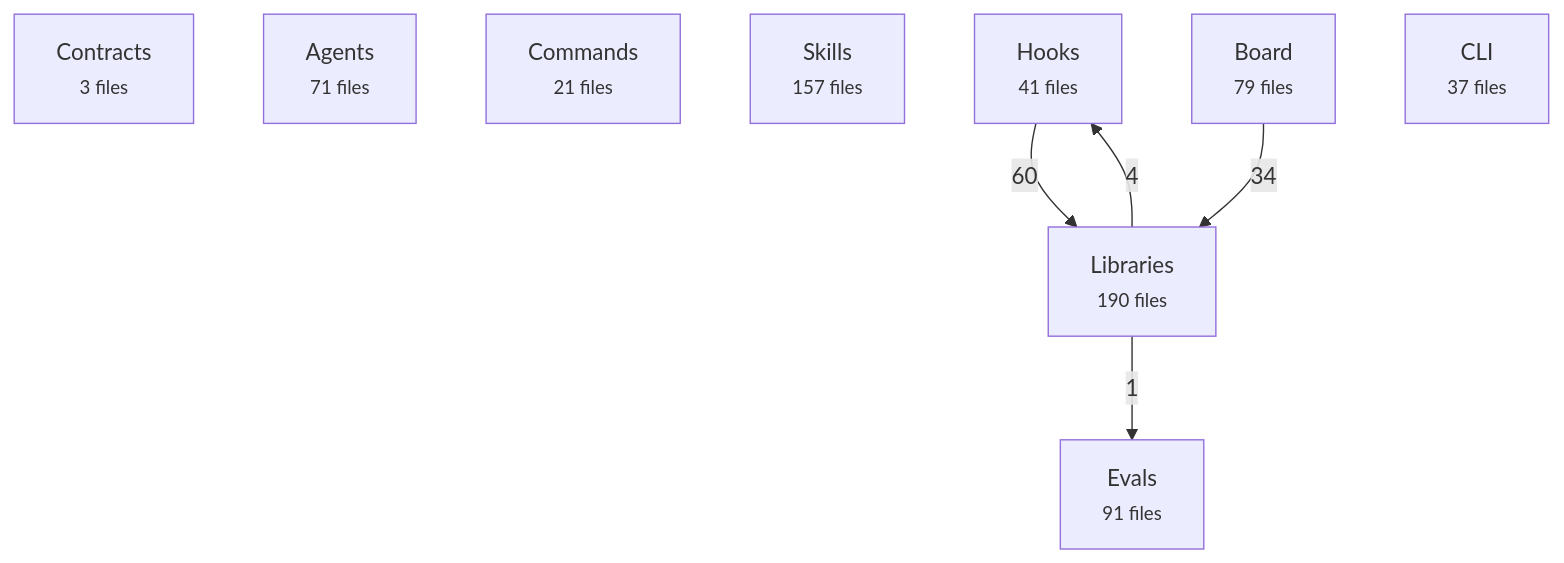
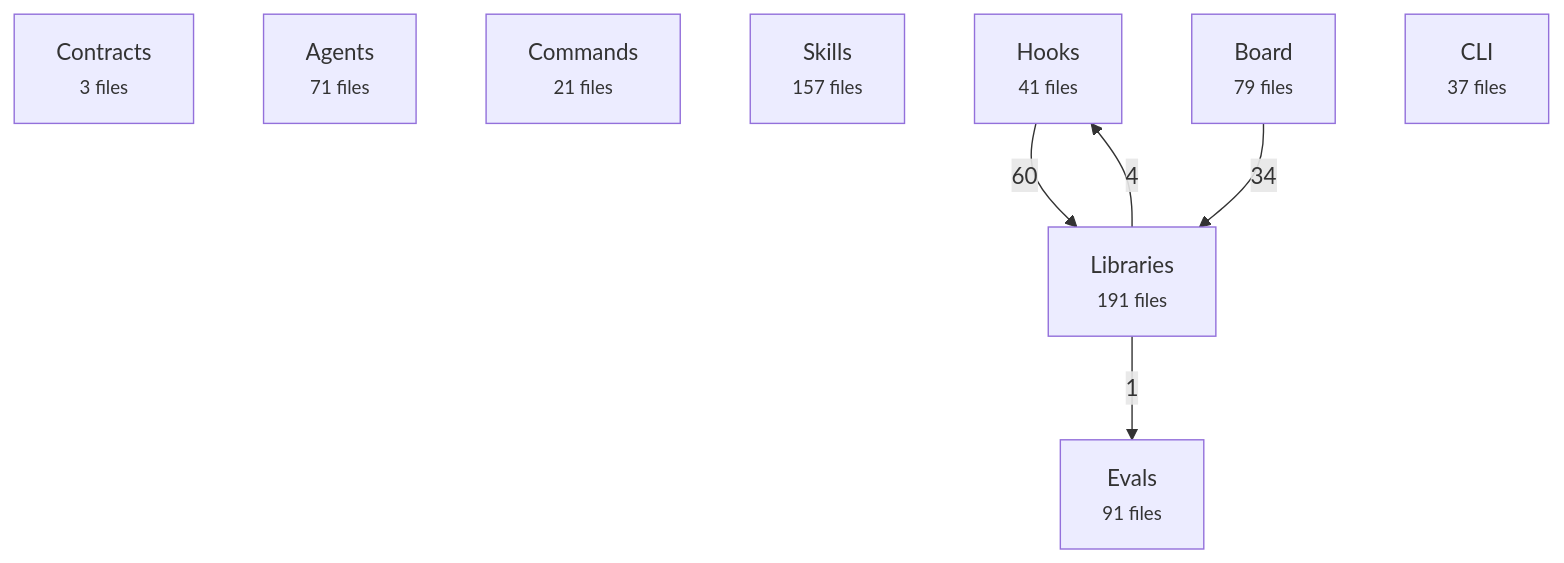
One commit to avelikiy/great_cto changed the first of 2 diagrams in docs/reference/architecture-map.md. Above: the diagram before and after it, drawn with Mermaid. The commit also changed other lines of this file and 6 other files, not shown here.

````diff
--- a/docs/reference/architecture-map.md
+++ b/docs/reference/architecture-map.md
@@ -20,16 +20,16 @@
 ```mermaid
 flowchart TD
   contracts["Contracts<br/><small>3 files</small>"]
   agents["Agents<br/><small>71 files</small>"]
   commands["Commands<br/><small>21 files</small>"]
   skills["Skills<br/><small>157 files</small>"]
   hooks["Hooks<br/><small>41 files</small>"]
-  libs["Libraries<br/><small>190 files</small>"]
+  libs["Libraries<br/><small>191 files</small>"]
   board["Board<br/><small>79 files</small>"]
   cli["CLI<br/><small>37 files</small>"]
   evals["Evals<br/><small>91 files</small>"]
   hooks -->|60| libs
   board -->|34| libs
   libs -->|4| hooks
   libs -->|1| evals
 ```
````
